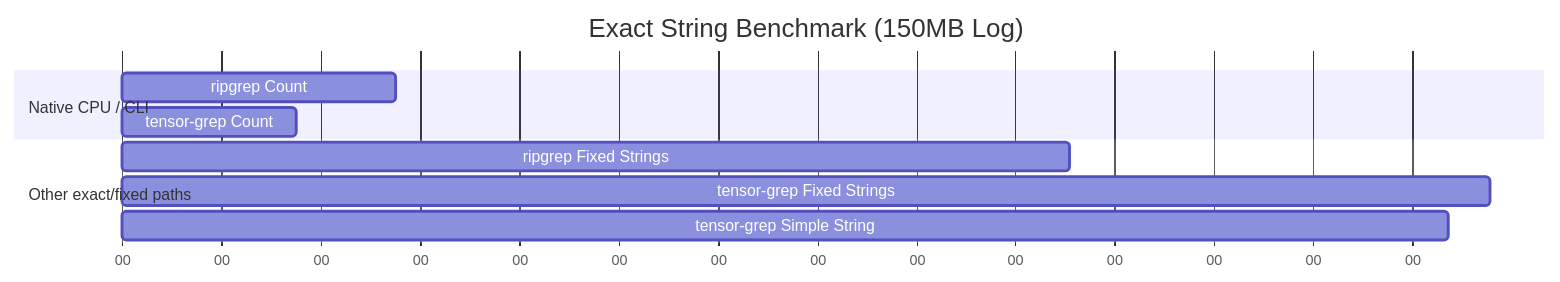
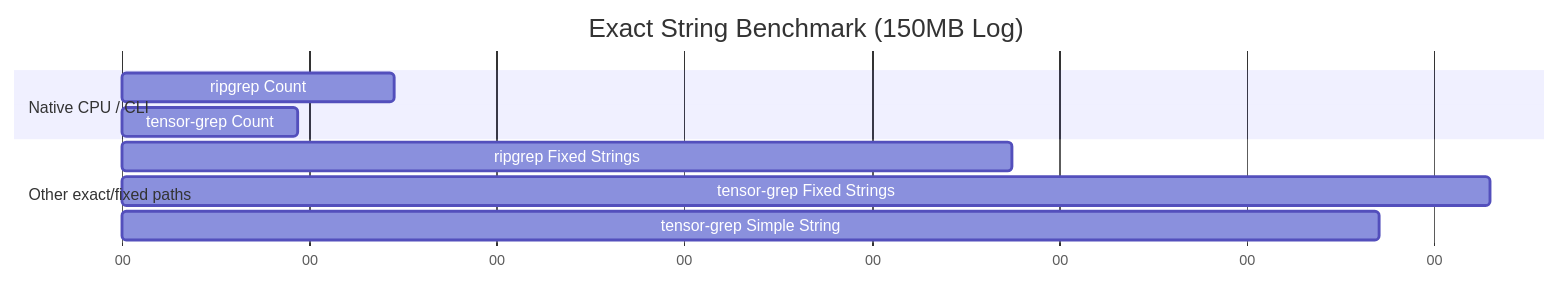
Before and after one commit to oimiragieo/tensor-grep: the third of 3 diagrams in docs/PAPER.md, drawn with Mermaid. The commit also changed other lines of this file and 5 other files, not shown here.

````diff
--- a/docs/PAPER.md
+++ b/docs/PAPER.md
@@ -128,15 +128,15 @@
 ```mermaid
 gantt
     title Exact String Benchmark (150MB Log)
     dateFormat  s
     axisFormat %S
     
     section Native CPU / CLI
-    ripgrep Count              :a1, 0, 0.138s
-    tensor-grep Count          :a2, 0, 0.088s
+    ripgrep Count              :a1, 0, 0.145s
+    tensor-grep Count          :a2, 0, 0.094s
     
     section Other exact/fixed paths
-    ripgrep Fixed Strings      :a3, 0, 0.477s
-    tensor-grep Fixed Strings  :a4, 0, 0.689s
-    tensor-grep Simple String  :a5, 0, 0.668s
+    ripgrep Fixed Strings      :a3, 0, 0.475s
+    tensor-grep Fixed Strings  :a4, 0, 0.730s
+    tensor-grep Simple String  :a5, 0, 0.671s
 ```
````
